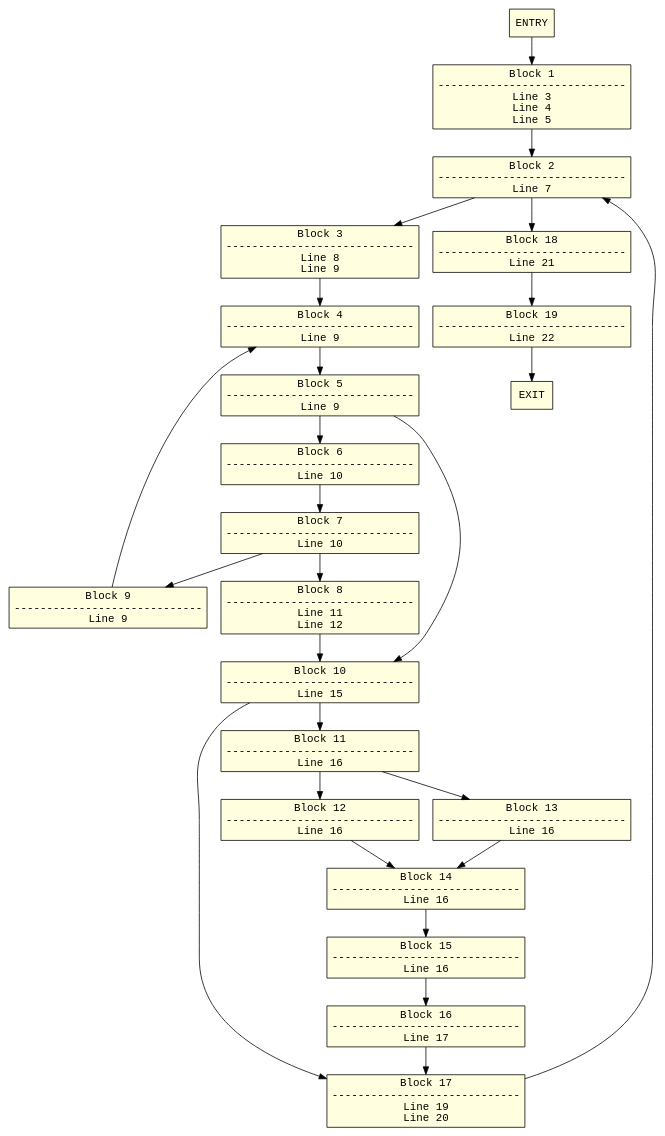
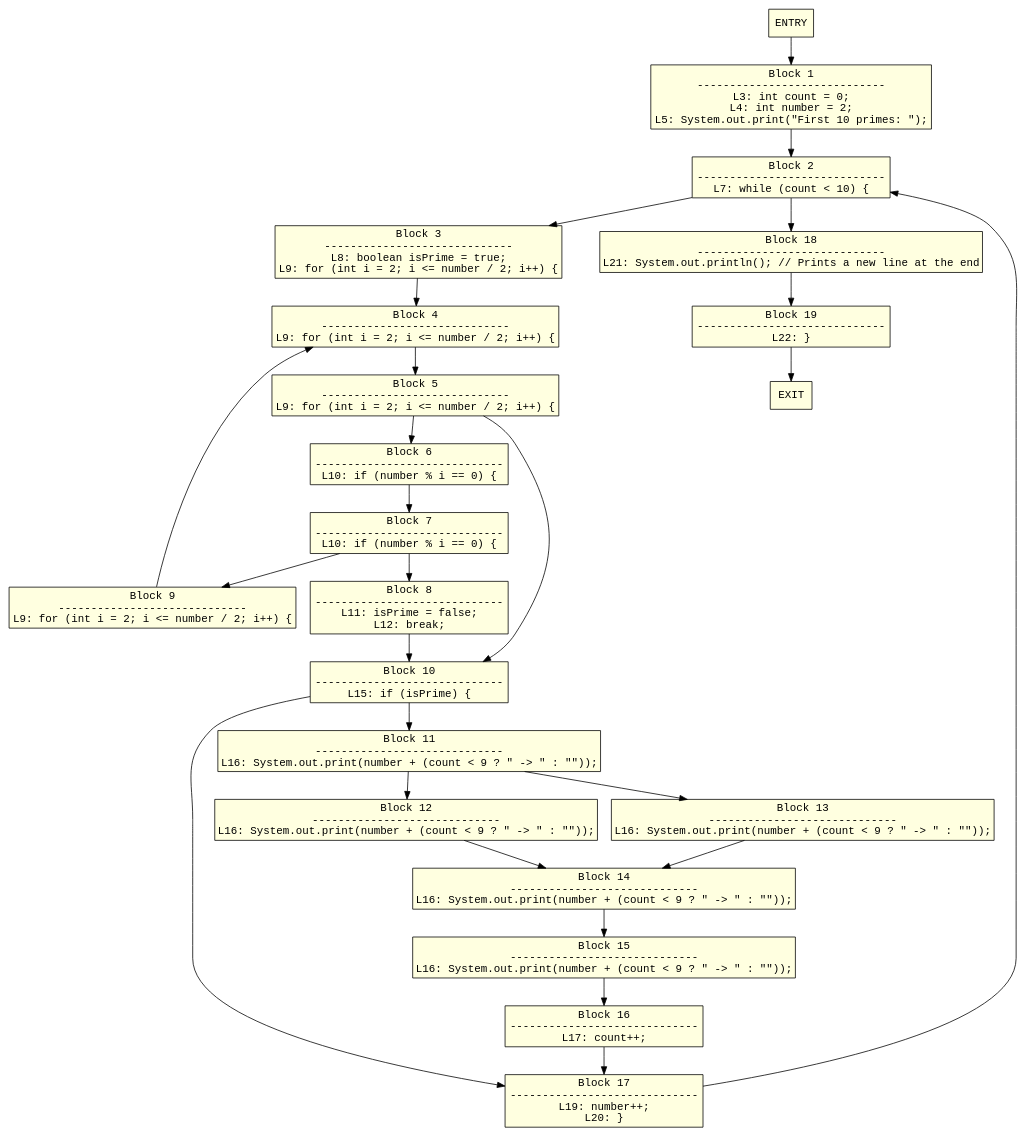
One commit to punsnx/coop-internship-2026 changed the diagram in phase_04/export/cfg_javacode_main.dot. Above: the diagram before and after it, drawn with Graphviz. The commit also changed 7 other files, not shown here.

```diff
--- a/phase_04/export/cfg_javacode_main.dot
+++ b/phase_04/export/cfg_javacode_main.dot
@@ -1,49 +1,49 @@
 digraph Mapped_JavaCode_CFG {
   node [shape=box, style=filled, fillcolor=lightyellow, fontname="Courier"];
   0 [label="ENTRY"];
-  1 [label="Block 1\n-----------------------------\nLine 3\nLine 4\nLine 5"];
-  2 [label="Block 2\n-----------------------------\nLine 7"];
-  3 [label="Block 3\n-----------------------------\nLine 8\nLine 9"];
-  4 [label="Block 4\n-----------------------------\nLine 9"];
-  5 [label="Block 5\n-----------------------------\nLine 9"];
-  6 [label="Block 6\n-----------------------------\nLine 10"];
-  7 [label="Block 7\n-----------------------------\nLine 10"];
-  8 [label="Block 8\n-----------------------------\nLine 11\nLine 12"];
-  9 [label="Block 9\n-----------------------------\nLine 9"];
-  10 [label="Block 10\n-----------------------------\nLine 15"];
-  11 [label="Block 11\n-----------------------------\nLine 16"];
-  12 [label="Block 12\n-----------------------------\nLine 16"];
-  13 [label="Block 13\n-----------------------------\nLine 16"];
-  14 [label="Block 14\n-----------------------------\nLine 16"];
-  15 [label="Block 15\n-----------------------------\nLine 16"];
-  16 [label="Block 16\n-----------------------------\nLine 17"];
-  17 [label="Block 17\n-----------------------------\nLine 19\nLine 20"];
-  18 [label="Block 18\n-----------------------------\nLine 21"];
-  19 [label="Block 19\n-----------------------------\nLine 22"];
+  1 [label="Block 1\n-----------------------------\nL3: int count = 0;\nL4: int number = 2;\nL5: System.out.print(\"First 10 primes: \");"];
+  2 [label="Block 2\n-----------------------------\nL7: while (count < 10) {"];
+  3 [label="Block 3\n-----------------------------\nL8: boolean isPrime = true;\nL9: for (int i = 2; i <= number / 2; i++) {"];
+  4 [label="Block 4\n-----------------------------\nL9: for (int i = 2; i <= number / 2; i++) {"];
+  5 [label="Block 5\n-----------------------------\nL9: for (int i = 2; i <= number / 2; i++) {"];
+  6 [label="Block 6\n-----------------------------\nL10: if (number % i == 0) {"];
+  7 [label="Block 7\n-----------------------------\nL10: if (number % i == 0) {"];
+  8 [label="Block 8\n-----------------------------\nL11: isPrime = false;\nL12: break;"];
+  9 [label="Block 9\n-----------------------------\nL9: for (int i = 2; i <= number / 2; i++) {"];
+  10 [label="Block 10\n-----------------------------\nL15: if (isPrime) {"];
+  11 [label="Block 11\n-----------------------------\nL16: System.out.print(number + (count < 9 ? \" -> \" : \"\"));"];
+  12 [label="Block 12\n-----------------------------\nL16: System.out.print(number + (count < 9 ? \" -> \" : \"\"));"];
+  13 [label="Block 13\n-----------------------------\nL16: System.out.print(number + (count < 9 ? \" -> \" : \"\"));"];
+  14 [label="Block 14\n-----------------------------\nL16: System.out.print(number + (count < 9 ? \" -> \" : \"\"));"];
+  15 [label="Block 15\n-----------------------------\nL16: System.out.print(number + (count < 9 ? \" -> \" : \"\"));"];
+  16 [label="Block 16\n-----------------------------\nL17: count++;"];
+  17 [label="Block 17\n-----------------------------\nL19: number++;\nL20: }"];
+  18 [label="Block 18\n-----------------------------\nL21: System.out.println(); // Prints a new line at the end"];
+  19 [label="Block 19\n-----------------------------\nL22: }"];
   20 [label="EXIT"];
   0 -> 1;
   1 -> 2;
   2 -> 3;
   2 -> 18;
   3 -> 4;
   4 -> 5;
   5 -> 6;
   5 -> 10;
   6 -> 7;
   7 -> 8;
   7 -> 9;
   8 -> 10;
   9 -> 4;
   10 -> 11;
   10 -> 17;
   11 -> 12;
   11 -> 13;
   12 -> 14;
   13 -> 14;
   14 -> 15;
   15 -> 16;
   16 -> 17;
   17 -> 2;
   18 -> 19;
   19 -> 20;
 }
```
